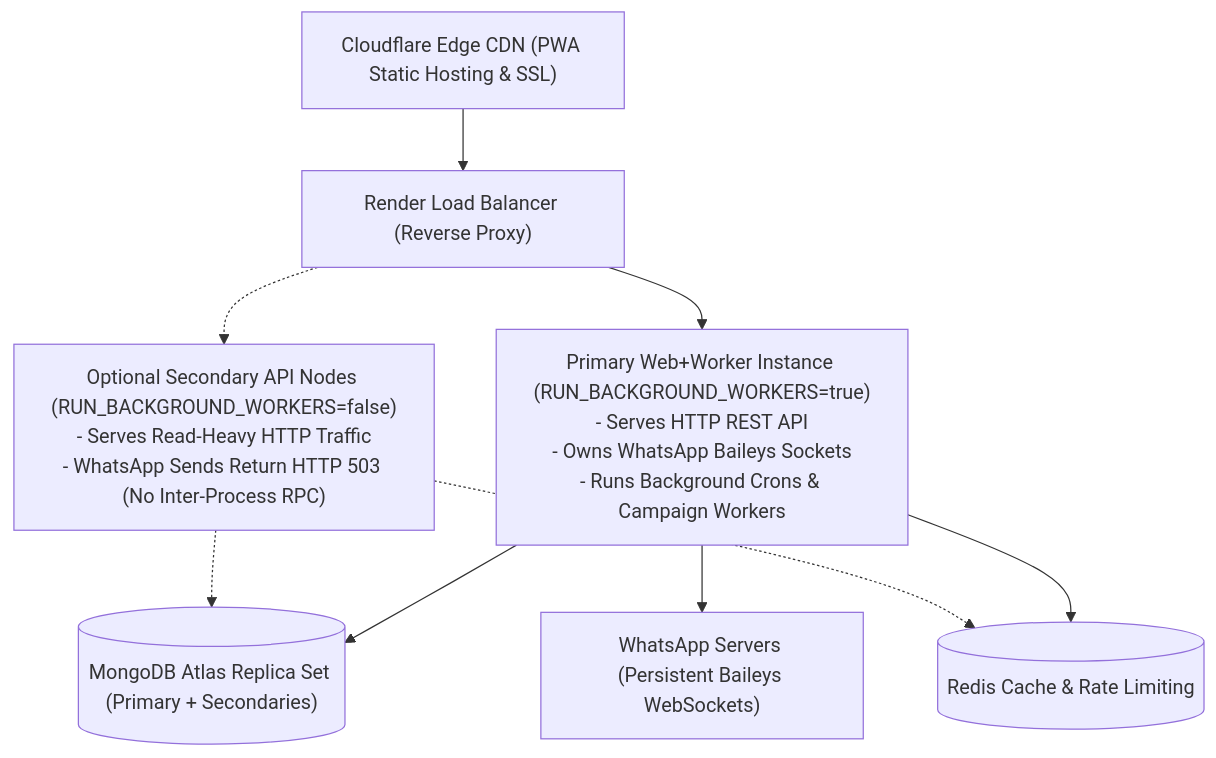
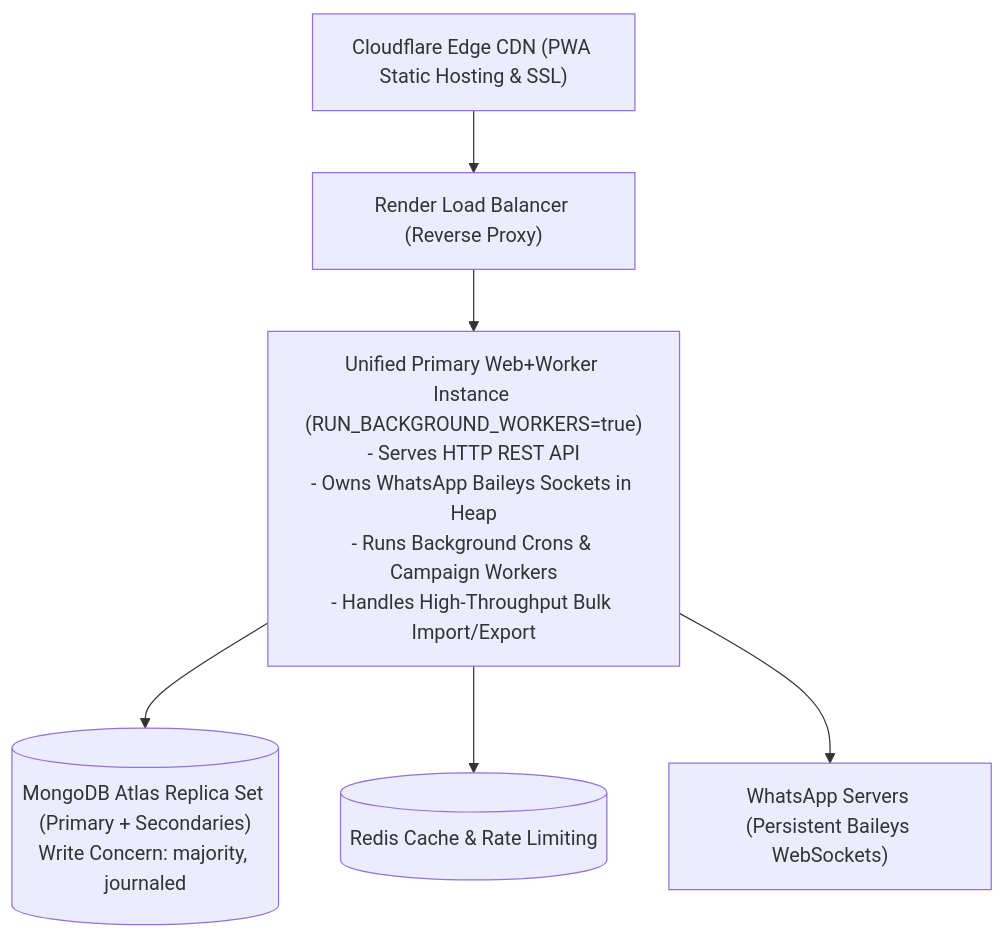
The first of 2 diagrams in docs/PRODUCTION_RUNBOOK.md (mayalok-ventures/const-crm-software), drawn with Mermaid before and after one commit. The commit also changed other lines of this file and 1 other file, not shown here.

Commit message:
fix(rc3-clean): align production runbook with unified topology, verified endpoints, and real rate limits

````diff
--- a/docs/PRODUCTION_RUNBOOK.md
+++ b/docs/PRODUCTION_RUNBOOK.md
@@ -14,12 +14,8 @@
 ```mermaid
 flowchart TD
     CF["Cloudflare Edge CDN (PWA Static Hosting & SSL)"] --> ALB["Render Load Balancer (Reverse Proxy)"]
-    ALB --> MAIN["Primary Web+Worker Instance (RUN_BACKGROUND_WORKERS=true)\n- Serves HTTP REST API\n- Owns WhatsApp Baileys Sockets\n- Runs Background Crons & Campaign Workers"]
-    MAIN --> ATLAS[("MongoDB Atlas Replica Set (Primary + Secondaries)")]
+    ALB --> MAIN["Unified Primary Web+Worker Instance (RUN_BACKGROUND_WORKERS=true)\n- Serves HTTP REST API\n- Owns WhatsApp Baileys Sockets in Heap\n- Runs Background Crons & Campaign Workers\n- Handles High-Throughput Bulk Import/Export"]
+    MAIN --> ATLAS[("MongoDB Atlas Replica Set (Primary + Secondaries)\nWrite Concern: majority, journaled")]
     MAIN --> REDIS[("Redis Cache & Rate Limiting")]
     MAIN --> WA["WhatsApp Servers (Persistent Baileys WebSockets)"]
-
-    ALB -.-> API2["Optional Secondary API Nodes (RUN_BACKGROUND_WORKERS=false)\n- Serves Read-Heavy HTTP Traffic\n- WhatsApp Sends Return HTTP 503 (No Inter-Process RPC)"]
-    API2 -.-> ATLAS
-    API2 -.-> REDIS
 ```
````
